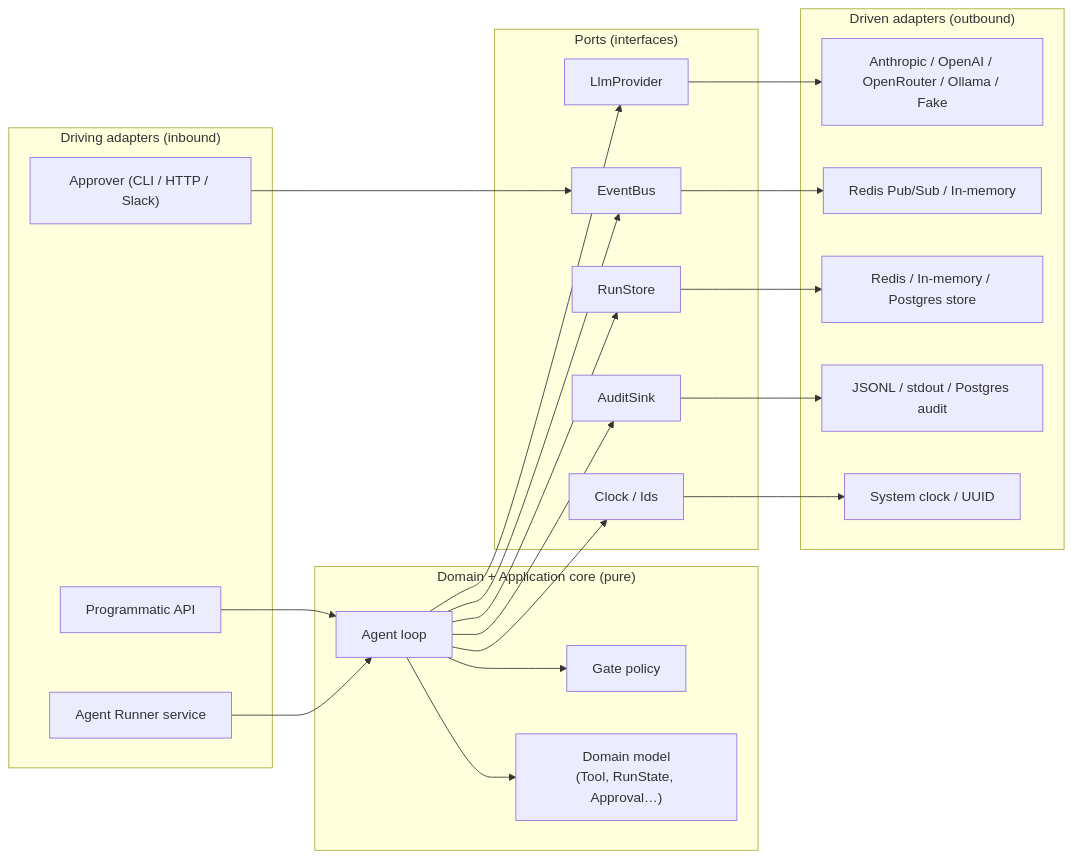
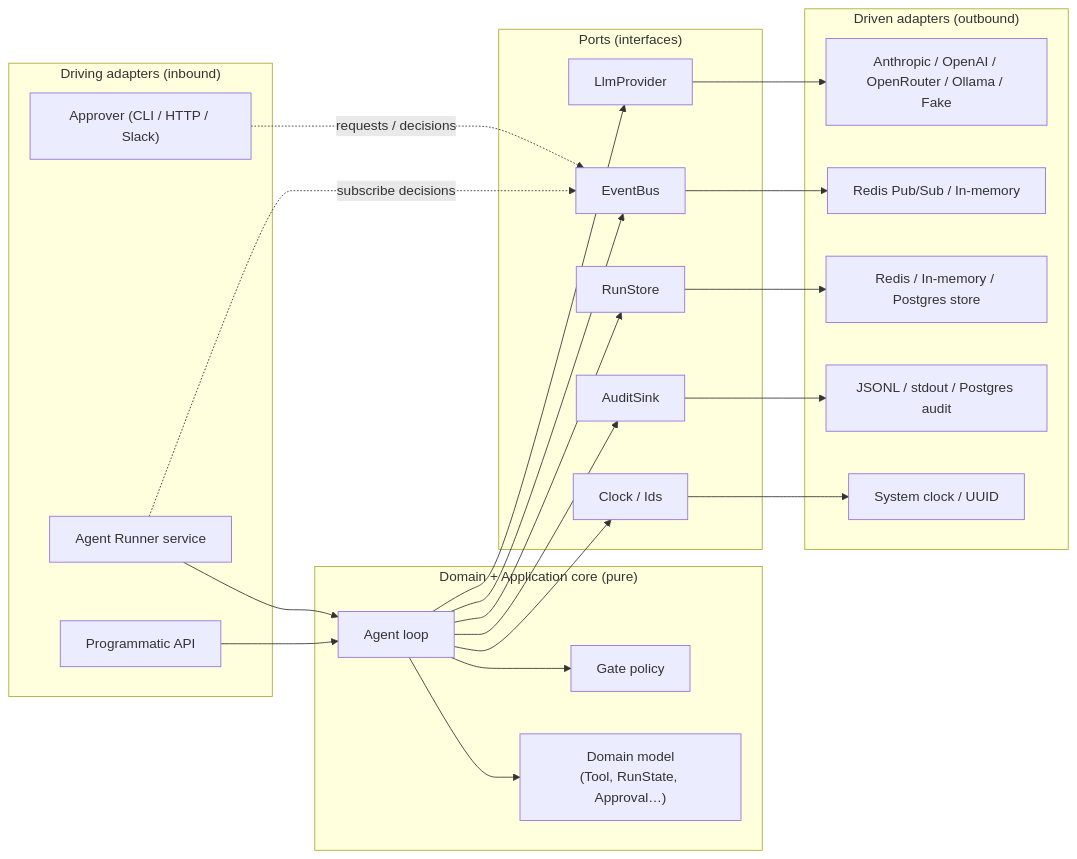
One commit to fedorello/airlock changed the first of 4 diagrams in docs/architecture/overview.md. Above: the diagram before and after it, drawn with Mermaid. The commit also changed other lines of this file, not shown here.

First line of the commit message:
docs: fix architecture inconsistencies in the overview

````diff
--- a/docs/architecture/overview.md
+++ b/docs/architecture/overview.md
@@ -38,41 +38,42 @@
 ```mermaid
 flowchart LR
     subgraph driving["Driving adapters (inbound)"]
         API["Programmatic API"]
         RUN["Agent Runner service"]
         APP["Approver (CLI / HTTP / Slack)"]
     end
 
     subgraph core["Domain + Application core (pure)"]
         LOOP["Agent loop"]
         GATE["Gate policy"]
         MODEL["Domain model<br/>(Tool, RunState, Approval…)"]
     end
 
     subgraph ports["Ports (interfaces)"]
         P1["LlmProvider"]
         P2["EventBus"]
         P3["RunStore"]
         P4["AuditSink"]
         P5["Clock / Ids"]
     end
 
     subgraph driven["Driven adapters (outbound)"]
         A1["Anthropic / OpenAI / OpenRouter / Ollama / Fake"]
         A2["Redis Pub/Sub / In-memory"]
         A3["Redis / In-memory / Postgres store"]
         A4["JSONL / stdout / Postgres audit"]
         A5["System clock / UUID"]
     end
 
     API --> LOOP
     RUN --> LOOP
-    APP --> P2
+    RUN -.->|subscribe decisions| P2
+    APP -.->|requests / decisions| P2
     LOOP --> GATE
     LOOP --> MODEL
     LOOP --> P1 --> A1
     LOOP --> P2 --> A2
     LOOP --> P3 --> A3
     LOOP --> P4 --> A4
     LOOP --> P5 --> A5
 ```
````
